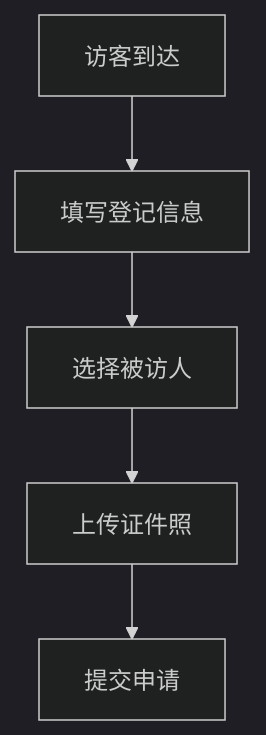
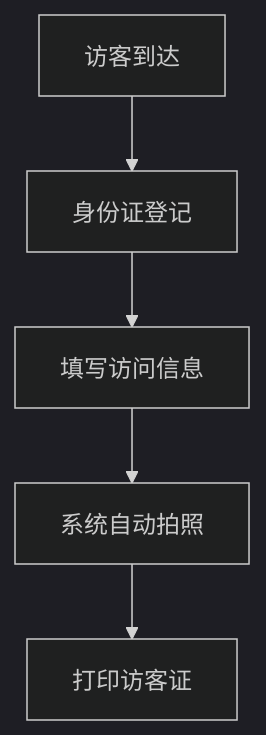
The first of 2 diagrams in devel/requirement.md (yuhaibao39/n8ndeploy), drawn with Mermaid (dark theme) before and after one commit. The commit also changed other lines of this file, not shown here.

````diff
--- a/devel/requirement.md
+++ b/devel/requirement.md
@@ -14,7 +23,7 @@
 ```mermaid
 graph TD
-    A[访客到达] --> B[填写登记信息]
-    B --> C[选择被访人]
-    C --> D[上传证件照]
-    D --> E[提交申请]
+    A[访客到达] --> B[身份证登记]
+    B --> C[填写访问信息]
+    C --> D[系统自动拍照]
+    D --> E[打印访客证]
 ```
````
